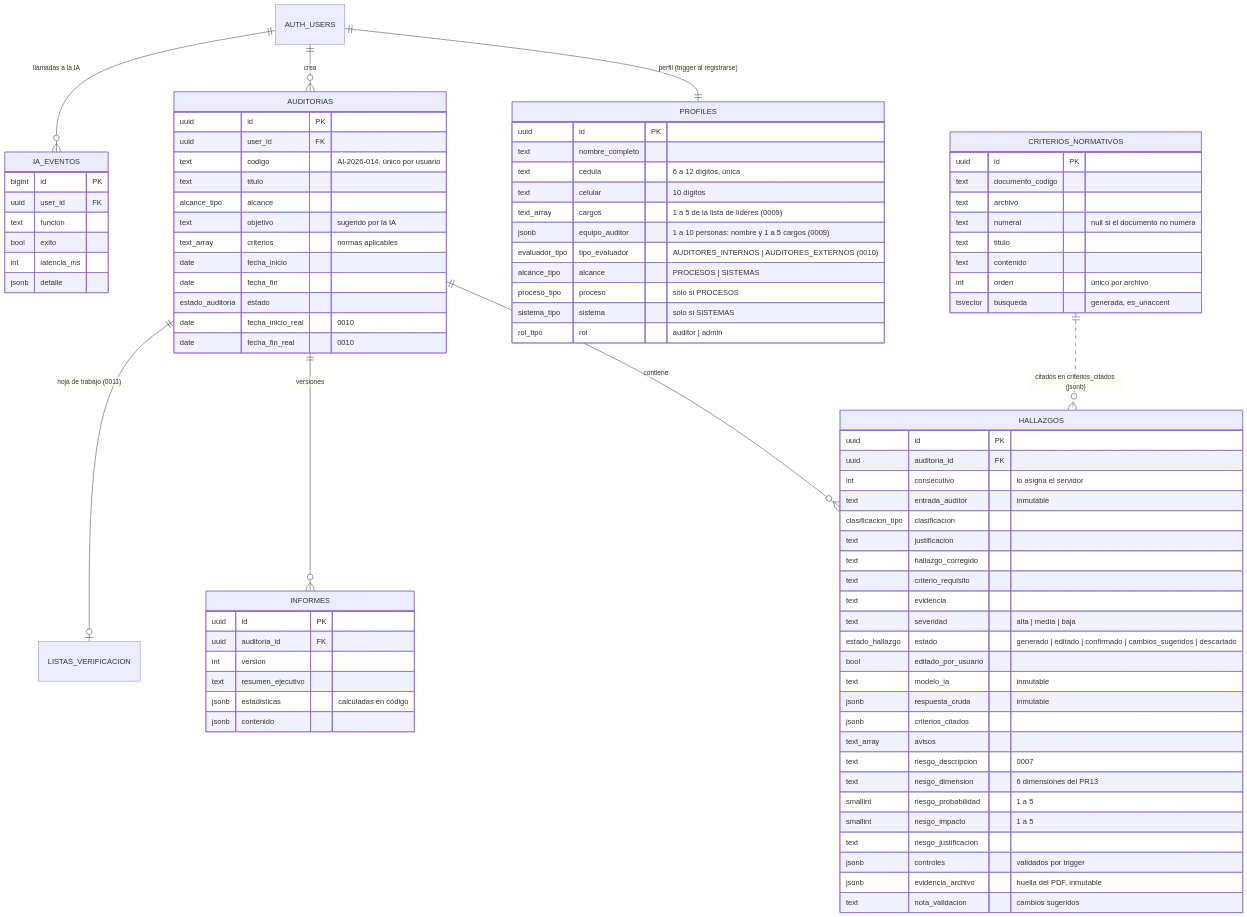
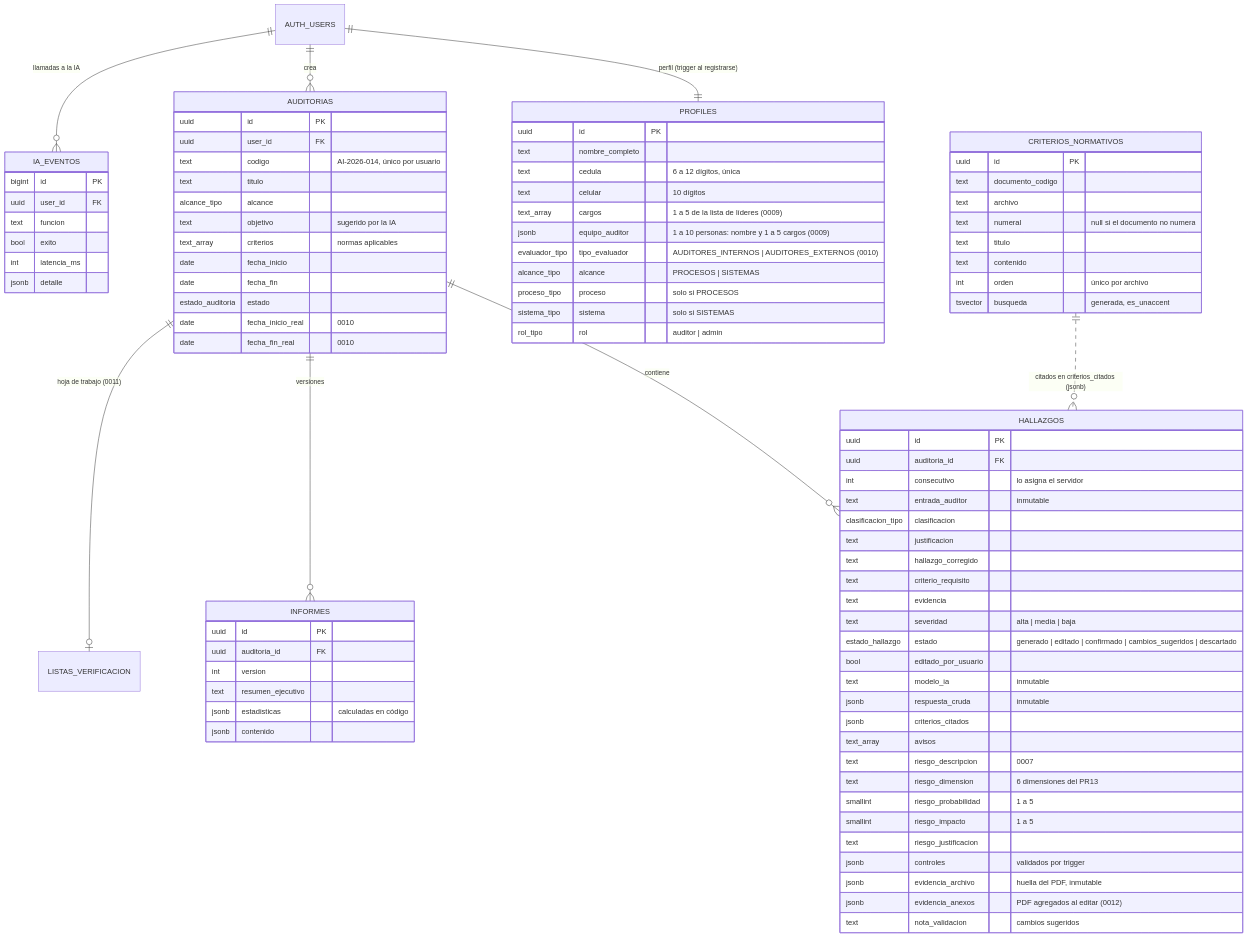
Before and after one commit to OscarNarvaez/pg_web_halla: the diagram in docs/BASE_DE_DATOS.md, drawn with Mermaid. The commit also changed other lines of this file and 2 other files, not shown here.

First line of the commit message:
feat(db): PDF de evidencia agregados al editar el hallazgo (0012)

```diff
--- a/docs/BASE_DE_DATOS.md
+++ b/docs/BASE_DE_DATOS.md
@@ -79,6 +80,7 @@
     text riesgo_justificacion
     jsonb controles "validados por trigger"
     jsonb evidencia_archivo "huella del PDF, inmutable"
+    jsonb evidencia_anexos "PDF agregados al editar (0012)"
     text nota_validacion "cambios sugeridos"
   }
   CRITERIOS_NORMATIVOS {
```
